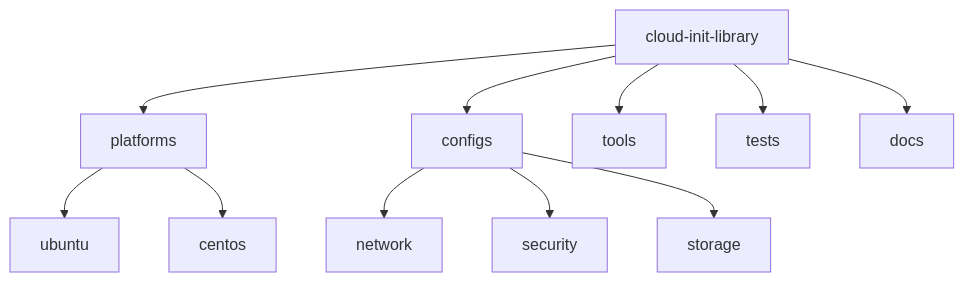
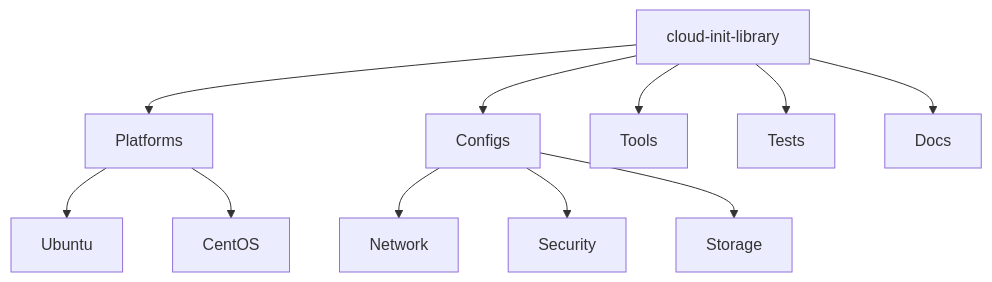
One commit to rbcmgs/cloud-init-library changed the second of 3 diagrams in README.md. Above: the diagram before and after it, drawn with Mermaid. The commit also changed other lines of this file, not shown here.

Commit message:
Refactor Mermaid diagrams in README.md for improved clarity and consistency

````diff
--- a/README.md
+++ b/README.md
@@ -44,13 +44,13 @@
 ```mermaid
 flowchart TD
-  A[cloud-init-library] --> B[platforms]
-  A --> C[configs]
-  A --> D[tools]
-  A --> E[tests]
-  A --> F[docs]
-  B --> G[ubuntu]
-  B --> H[centos]
-  C --> I[network]
-  C --> J[security]
-  C --> K[storage]
+  Root[cloud-init-library] --> Platforms
+  Root --> Configs
+  Root --> Tools
+  Root --> Tests
+  Root --> Docs
+  Platforms --> Ubuntu
+  Platforms --> CentOS
+  Configs --> NetworkConfig[Network]
+  Configs --> SecurityConfig[Security]
+  Configs --> StorageConfig[Storage]
 ```
````
